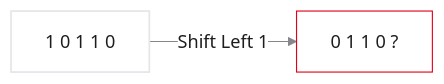
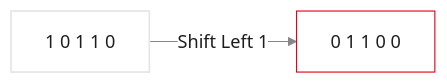
Before and after one commit to dantschi/mct1: diagram 11 of 17 in vorlesungen/02_riscv-basics.qmd, drawn with Mermaid. The commit also changed other lines of this file and 6 other files, not shown here.

````diff
--- a/vorlesungen/02_riscv-basics.qmd
+++ b/vorlesungen/02_riscv-basics.qmd
@@ -754,8 +813,8 @@
 ```{mermaid}
 %%| fig-width: 3.5
 %%{init: {'theme': 'base', 'themeVariables': {'background': '#FFFFFF', 'primaryColor': '#FFFFFF', 'primaryBorderColor': '#E5E5EA', 'primaryTextColor': '#1D1D1F', 'lineColor': '#86868B', 'secondaryColor': '#F5F5F7', 'tertiaryColor': '#FFFFFF', 'mainBkg': '#FFFFFF', 'nodeBorder': '#E5E5EA', 'clusterBkg': '#F5F5F7', 'clusterBorder': '#E5E5EA', 'titleColor': '#1D1D1F', 'edgeLabelBackground': '#FFFFFF'}}}%%
 graph LR
-  A["1 0 1 1 0"] -->|"Shift Left 1"| B["0 1 1 0 ?"]
+  A["1 0 1 1 0"] -->|"Shift Left 1"| B["0 1 1 0 0"]
   style B fill:#FFFFFF,stroke:#E2001A,stroke-width:2px !important
   style A fill:#FFFFFF,stroke:#E5E5EA,stroke-width:1.5px
 ```
````
